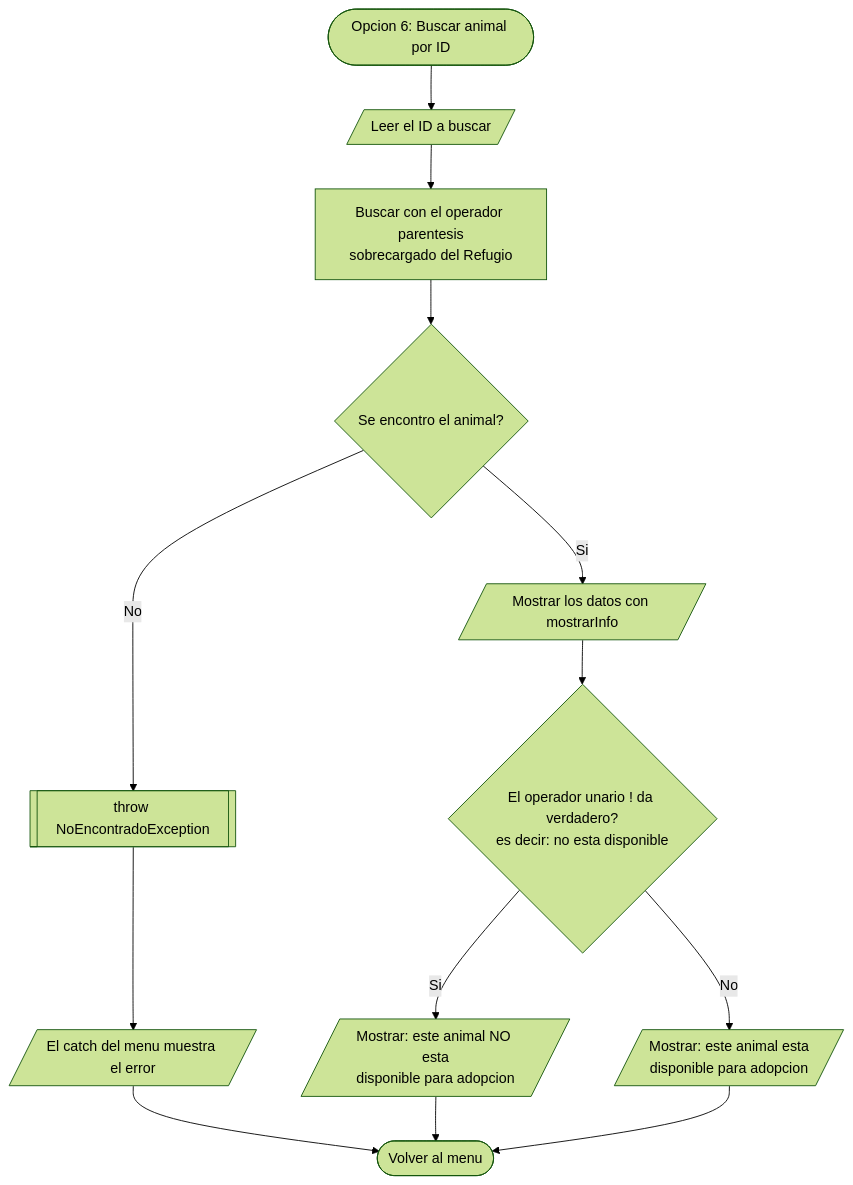
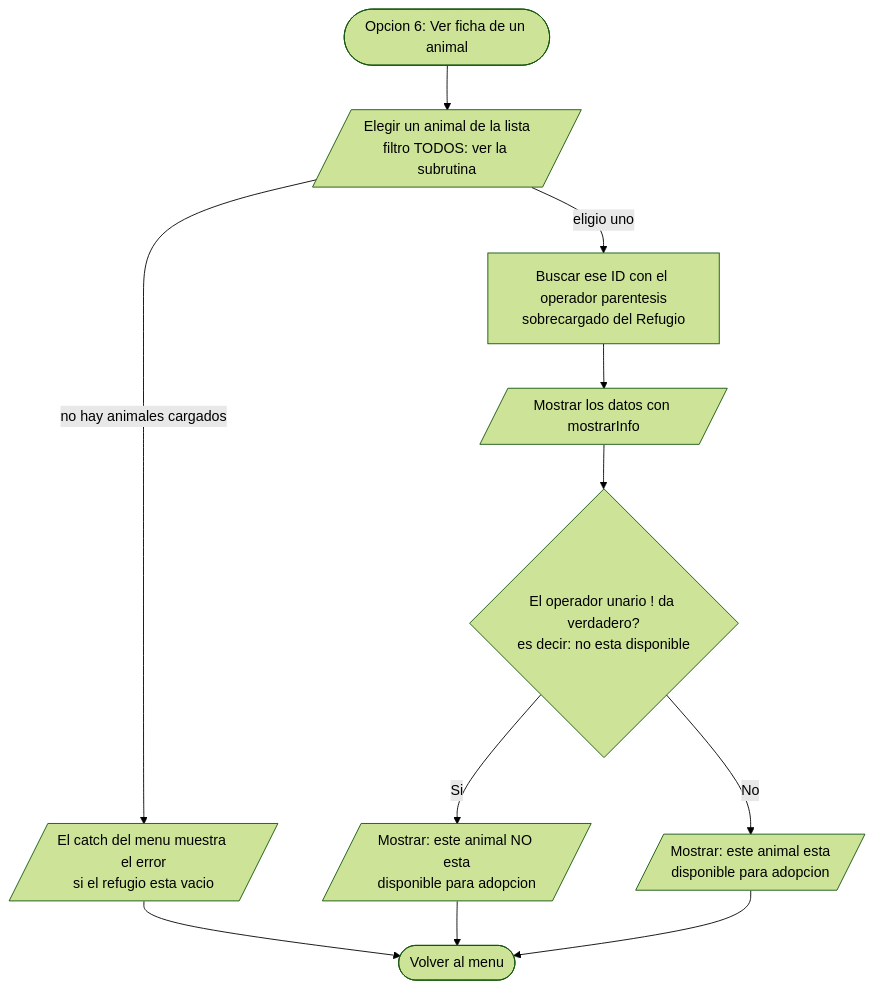
One commit to tobiastardivo/REFUGIO changed the ninth of 18 diagrams in DIAGRAMAS.md. Above: the diagram before and after it, drawn with Mermaid (forest theme). The commit also changed other lines of this file and 3 other files, not shown here.

````diff
--- a/DIAGRAMAS.md
+++ b/DIAGRAMAS.md
@@ -262,20 +312,18 @@
 ```mermaid
 flowchart TD
-    INI(["Opcion 6: Buscar animal por ID"])
-    ID[/"Leer el ID a buscar"/]
-    BUSCA["Buscar con el operador parentesis<br/>sobrecargado del Refugio"]
-    EXISTE{"Se encontro el animal?"}
-    THROW[["throw NoEncontradoException"]]
+    INI(["Opcion 6: Ver ficha de un animal"])
+    ELIGE[/"Elegir un animal de la lista<br/>filtro TODOS: ver la subrutina"/]
+    BUSCA["Buscar ese ID con el operador parentesis<br/>sobrecargado del Refugio"]
     SHOW[/"Mostrar los datos con mostrarInfo"/]
     NOT{"El operador unario ! da verdadero?<br/>es decir: no esta disponible"}
     MSG1[/"Mostrar: este animal NO esta<br/>disponible para adopcion"/]
     MSG2[/"Mostrar: este animal esta<br/>disponible para adopcion"/]
-    CATCH[/"El catch del menu muestra el error"/]
+    CATCH[/"El catch del menu muestra el error<br/>si el refugio esta vacio"/]
     FIN(["Volver al menu"])
 
-    INI --> ID --> BUSCA --> EXISTE
-    EXISTE -->|"No"| THROW --> CATCH --> FIN
-    EXISTE -->|"Si"| SHOW --> NOT
+    INI --> ELIGE
+    ELIGE -->|"no hay animales cargados"| CATCH --> FIN
+    ELIGE -->|"eligio uno"| BUSCA --> SHOW --> NOT
     NOT -->|"Si"| MSG1 --> FIN
     NOT -->|"No"| MSG2 --> FIN
 ```
````
